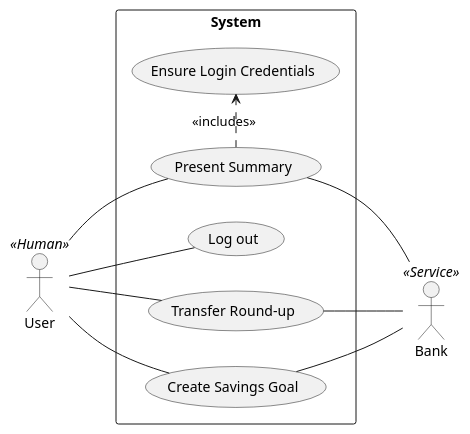
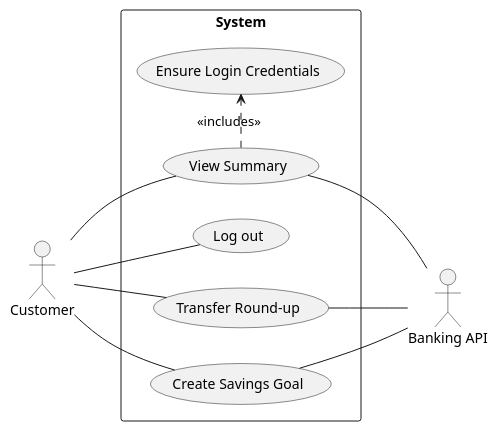
Before and after one commit to hristo-stefanov/MiniBankingDemo: the diagram in diagrams/User Goal/Use Case Diagram.puml, drawn with PlantUML.

Commit message:
Update Use Case Diagram.puml

```diff
--- a/diagrams/User Goal/Use Case Diagram.puml
+++ b/diagrams/User Goal/Use Case Diagram.puml
@@ -1,28 +1,27 @@
 @startuml
 'https://plantuml.com/use-case-diagram
 
-' Level: User Goals
+'Includes the subfunction level use cases
 
 left to right direction
-actor User <<Human>>
-actor Bank <<Service>>
+actor Customer
+actor "Banking API"
 
 rectangle System {
-usecase "Present Summary"
+usecase "View Summary"
 usecase "Log out"
 usecase "Ensure Login Credentials"
 usecase "Transfer Round-up"
 usecase "Create Savings Goal"
 }
 
-User -- "Present Summary"
-User -- "Transfer Round-up"
-User -- "Create Savings Goal"
-User -- "Log out"
+Customer -- "View Summary"
+Customer -- "Transfer Round-up"
+Customer -- "Create Savings Goal"
+Customer -- "Log out"
 
-"Present Summary" -- "Bank"
-"Present Summary" .> "Ensure Login Credentials": <<includes>>
-'"Create Savings Goal" .> "Transfer Round-up" : <<extends>>
-"Transfer Round-up" -- "Bank"
-"Create Savings Goal" -- "Bank"
+"View Summary" -- "Banking API"
+"View Summary" .> "Ensure Login Credentials": <<includes>>
+"Transfer Round-up" -- "Banking API"
+"Create Savings Goal" -- "Banking API"
 @enduml
```
